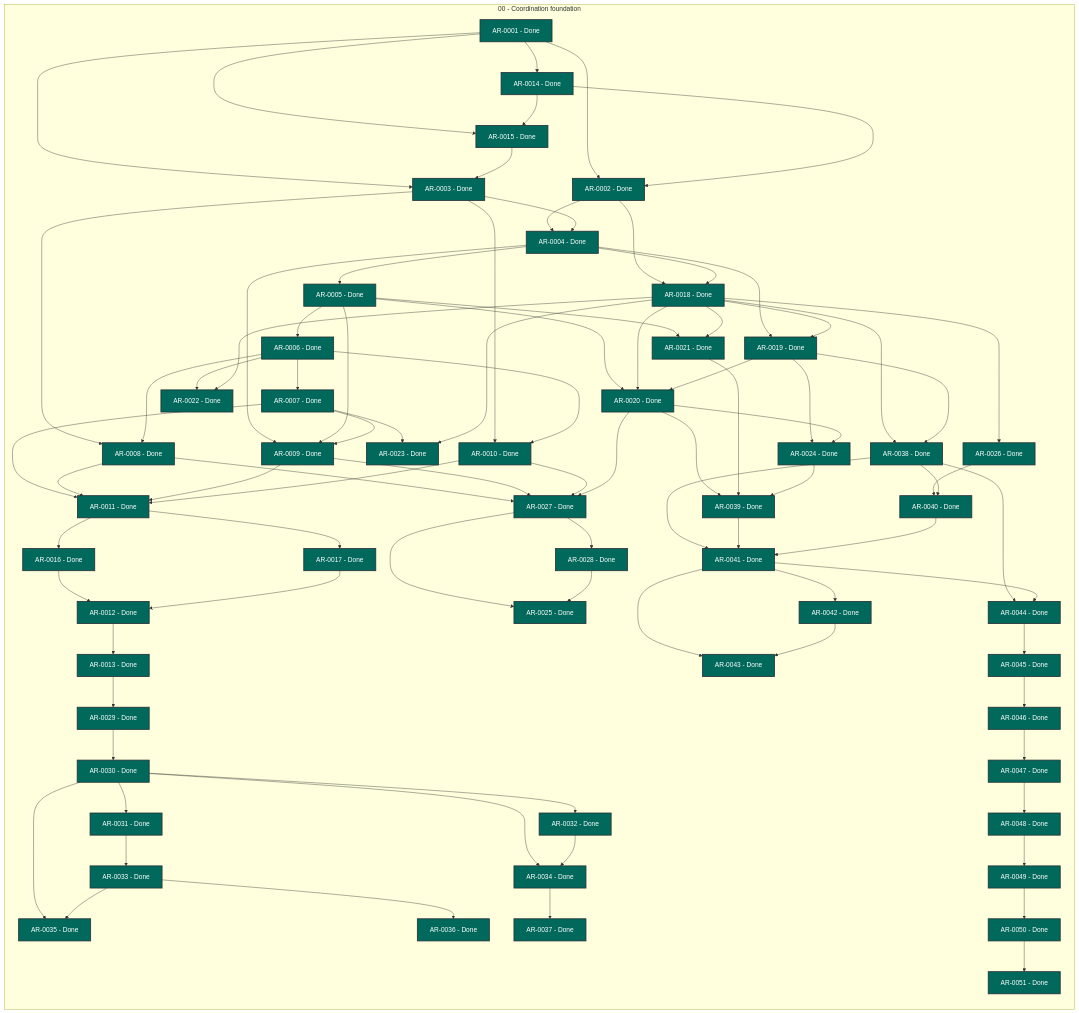
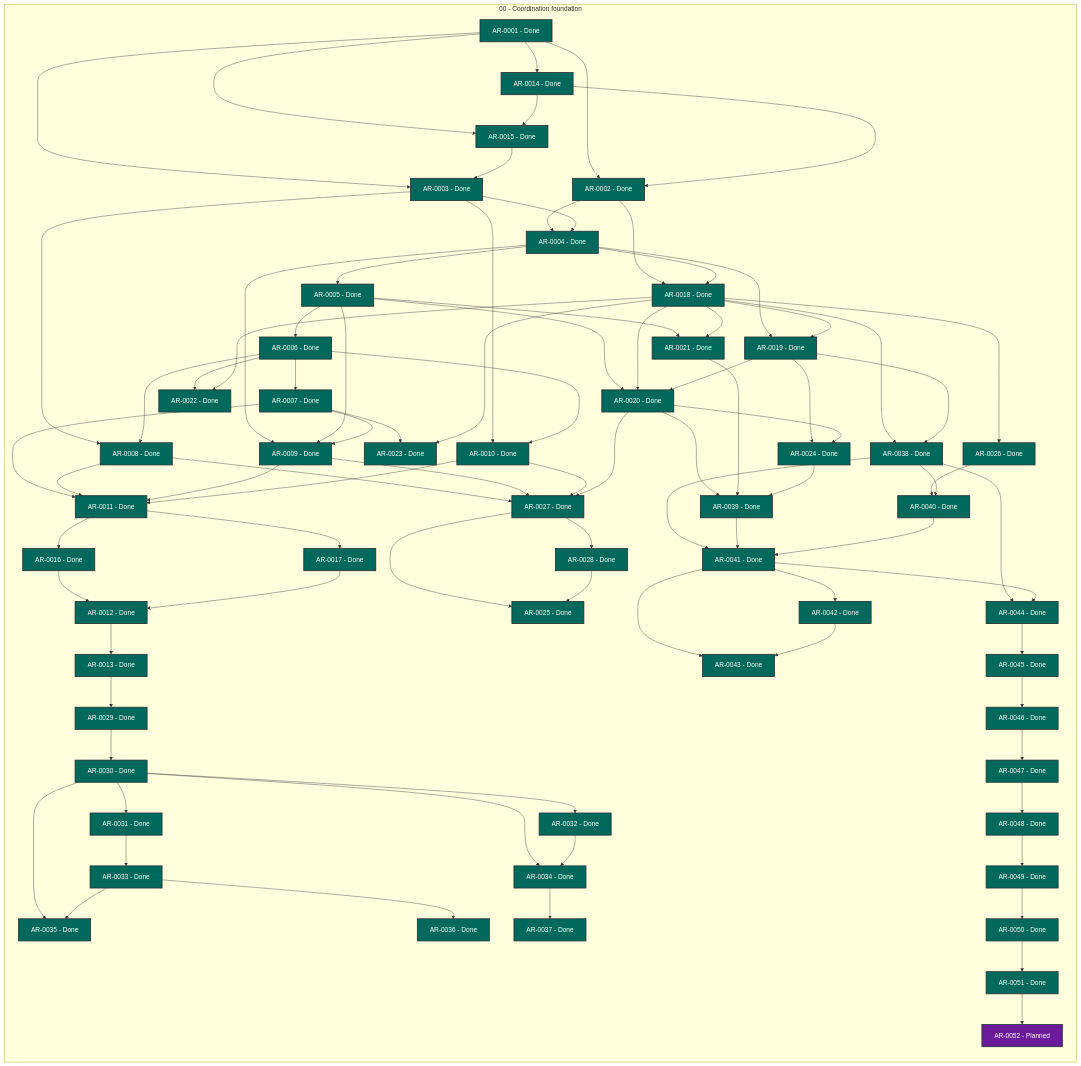
One commit to martin-beck/agent-workflow-tui-state changed the diagram in STATUS.md. Above: the diagram before and after it, drawn with Mermaid. The commit also changed other lines of this file and 3 other files, not shown here.

```diff
--- a/STATUS.md
+++ b/STATUS.md
@@ -79,6 +79,7 @@
         AR_0049["AR-0049 - Done"]:::status_done
         AR_0050["AR-0050 - Done"]:::status_done
         AR_0051["AR-0051 - Done"]:::status_done
+        AR_0052["AR-0052 - Planned"]:::status_planned
     end
     AR_0001 --> AR_0002
     AR_0001 --> AR_0003
@@ -164,6 +165,7 @@
     AR_0048 --> AR_0049
     AR_0049 --> AR_0050
     AR_0050 --> AR_0051
+    AR_0051 --> AR_0052
     classDef status_in_progress fill:#1565c0,color:#ffffff,stroke:#263238,stroke-width:2px
     classDef status_open fill:#2e7d32,color:#ffffff,stroke:#263238,stroke-width:2px
     classDef status_blocked fill:#c62828,color:#ffffff,stroke:#263238,stroke-width:2px
```
